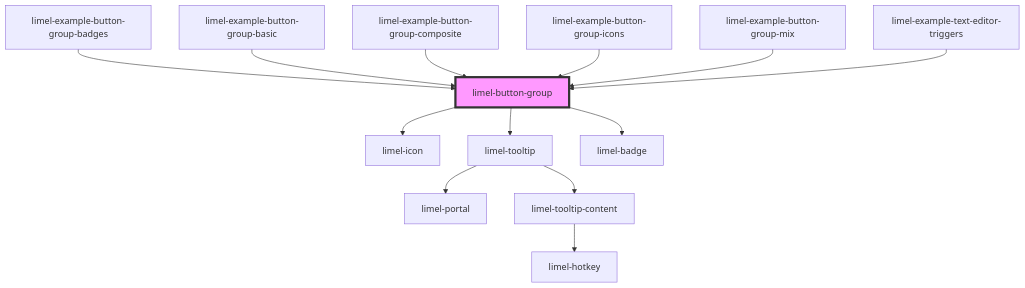
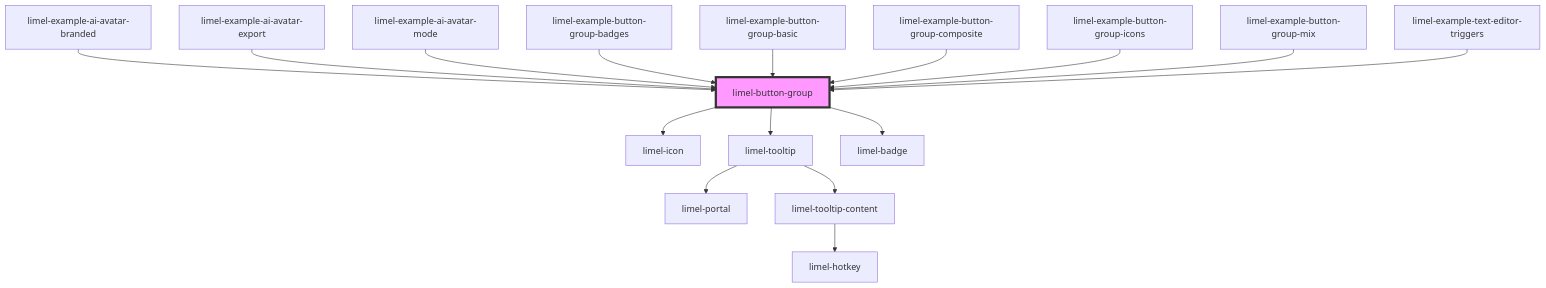
One commit to Lundalogik/lime-elements changed the diagram in versions/PR-4080/markdown-docs/components/button-group/readme.md. Above: the diagram before and after it, drawn with Mermaid. The commit also changed other lines of this file and 553 other files, not shown here.

````diff
--- a/versions/PR-4080/markdown-docs/components/button-group/readme.md
+++ b/versions/PR-4080/markdown-docs/components/button-group/readme.md
@@ -69,16 +72,19 @@
 ```mermaid
 graph TD;
   limel-button-group --> limel-icon
   limel-button-group --> limel-tooltip
   limel-button-group --> limel-badge
   limel-tooltip --> limel-portal
   limel-tooltip --> limel-tooltip-content
   limel-tooltip-content --> limel-hotkey
+  limel-example-ai-avatar-branded --> limel-button-group
+  limel-example-ai-avatar-export --> limel-button-group
+  limel-example-ai-avatar-mode --> limel-button-group
   limel-example-button-group-badges --> limel-button-group
   limel-example-button-group-basic --> limel-button-group
   limel-example-button-group-composite --> limel-button-group
   limel-example-button-group-icons --> limel-button-group
   limel-example-button-group-mix --> limel-button-group
   limel-example-text-editor-triggers --> limel-button-group
   style limel-button-group fill:#f9f,stroke:#333,stroke-width:4px
 ```
````
